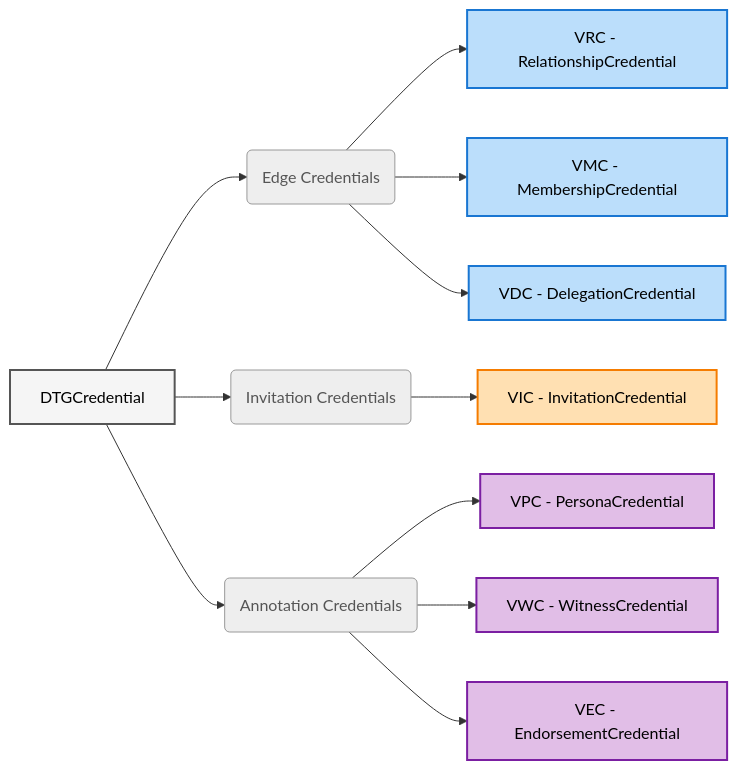
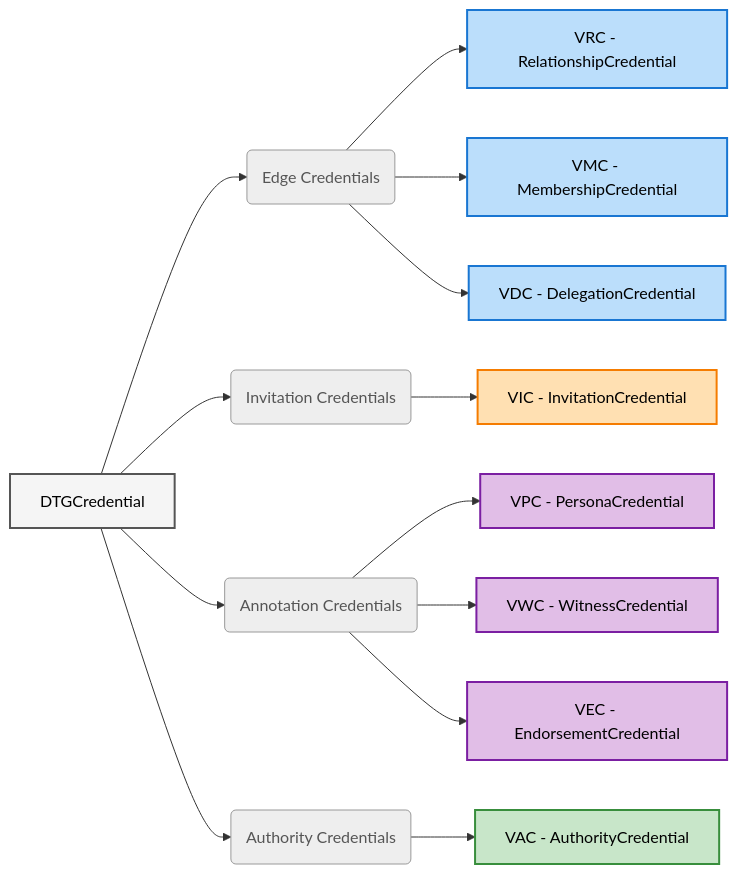
Before and after one commit to stormer78/dtgwg-cred-spec: the diagram in spec/body.md, drawn with Mermaid. The commit also changed other lines of this file and 3 other files, not shown here.

````diff
--- a/spec/body.md
+++ b/spec/body.md
@@ -7,28 +7,33 @@
 ```mermaid
 graph LR
     DTG[DTGCredential]
 
     DTG --> EC(Edge Credentials)
     DTG --> IC(Invitation Credentials)
     DTG --> AC(Annotation Credentials)
+    DTG --> UC(Authority Credentials)
 
     EC --> VRC["VRC - RelationshipCredential"]
     EC --> VMC["VMC - MembershipCredential"]
     EC --> VDC["VDC - DelegationCredential"]
     IC --> VIC["VIC - InvitationCredential"]
     AC --> VPC["VPC - PersonaCredential"]
     AC --> VWC["VWC - WitnessCredential"]
     AC --> VEC["VEC - EndorsementCredential"]
+    UC --> VAC["VAC - AuthorityCredential"]
 
     classDef parent fill:#f5f5f5,stroke:#555,stroke-width:2px,color:#000
     classDef cat fill:#eeeeee,stroke:#999,stroke-width:1px,color:#555
     classDef edge fill:#bbdefb,stroke:#1976d2,stroke-width:2px,color:#000
     classDef inv fill:#ffe0b2,stroke:#f57c00,stroke-width:2px,color:#000
     classDef ann fill:#e1bee7,stroke:#7b1fa2,stroke-width:2px,color:#000
 
+    classDef auth fill:#c8e6c9,stroke:#388e3c,stroke-width:2px,color:#000
+
     class DTG parent
-    class EC,IC,AC cat
+    class EC,IC,AC,UC cat
     class VMC,VRC,VDC edge
     class VIC inv
     class VPC,VEC,VWC ann
+    class VAC auth
 ```
````
